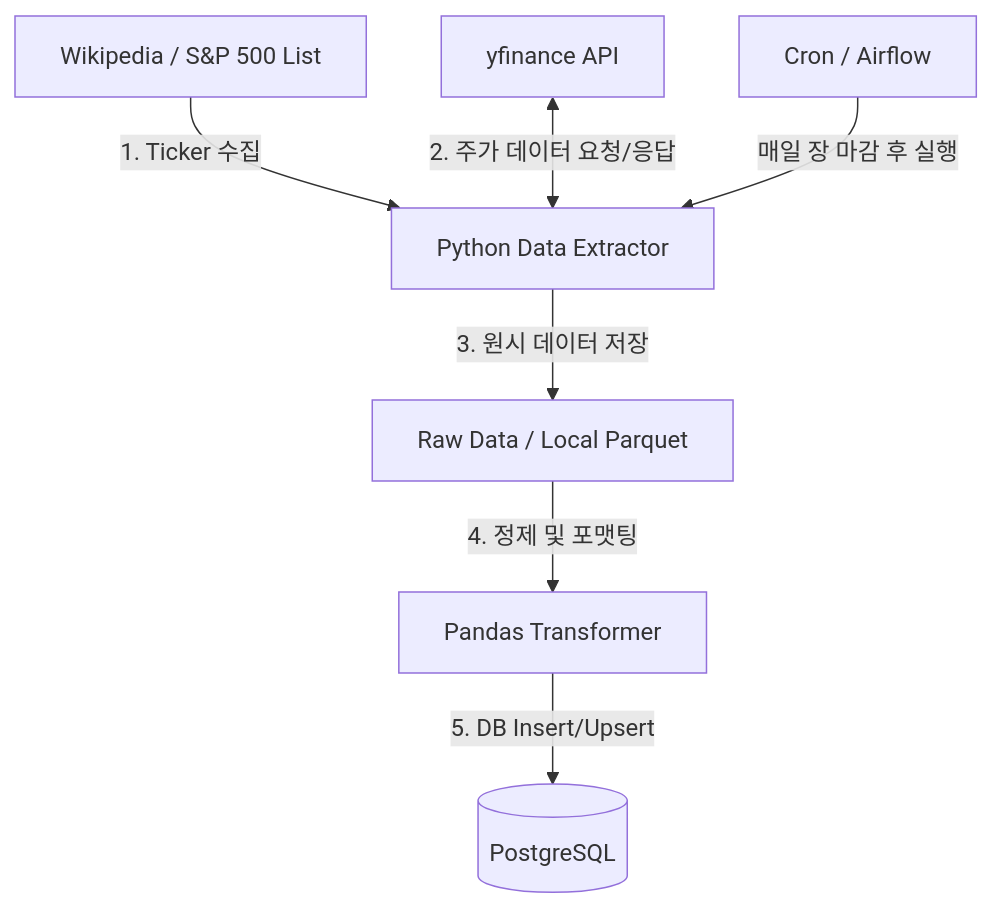
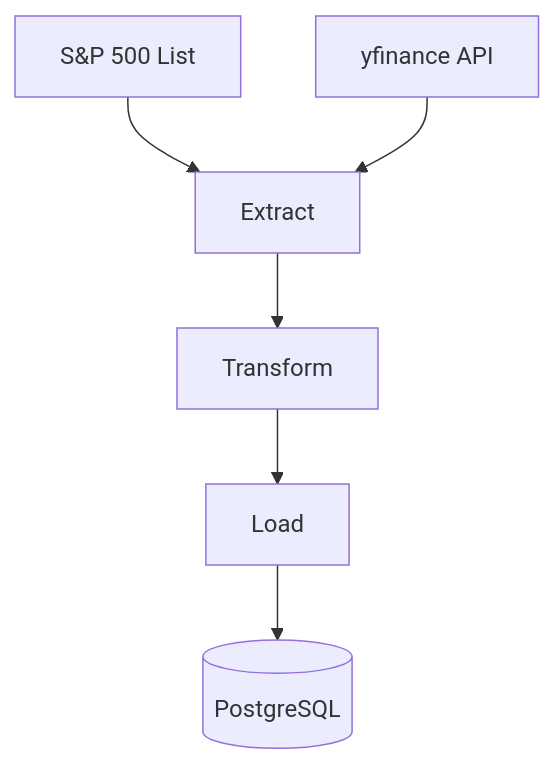
One commit to wnjseo/stock-data-pipeline changed the diagram in README.md. Above: the diagram before and after it, drawn with Mermaid.

````diff
--- a/README.md
+++ b/README.md
@@ -28,13 +28,10 @@
 ```mermaid
 flowchart TD
-    %% 노드 정의
-    Wiki[Wikipedia / S&P 500 List] -->|1. Ticker 수집| Extractor[Python Data Extractor]
-    YF[yfinance API] <-->|2. 주가 데이터 요청/응답| Extractor
-    
-    Extractor -->|3. 원시 데이터 저장| Raw[Raw Data / Local Parquet]
-    Raw -->|4. 정제 및 포맷팅| Transformer[Pandas Transformer]
-    
-    Transformer -->|5. DB Insert/Upsert| DB[(PostgreSQL)]
-    
-    Scheduler[Cron / Airflow] -->|매일 장 마감 후 실행| Extractor
+    %% 노드 정의 및 연결
+    List[S&P 500 List] --> Extract[Extract]
+    API[yfinance API] --> Extract[Extract]
+
+    Extract --> Transform[Transform]
+    Transform --> Load[Load]
+    Load --> DB[(PostgreSQL)]
 ```
````
